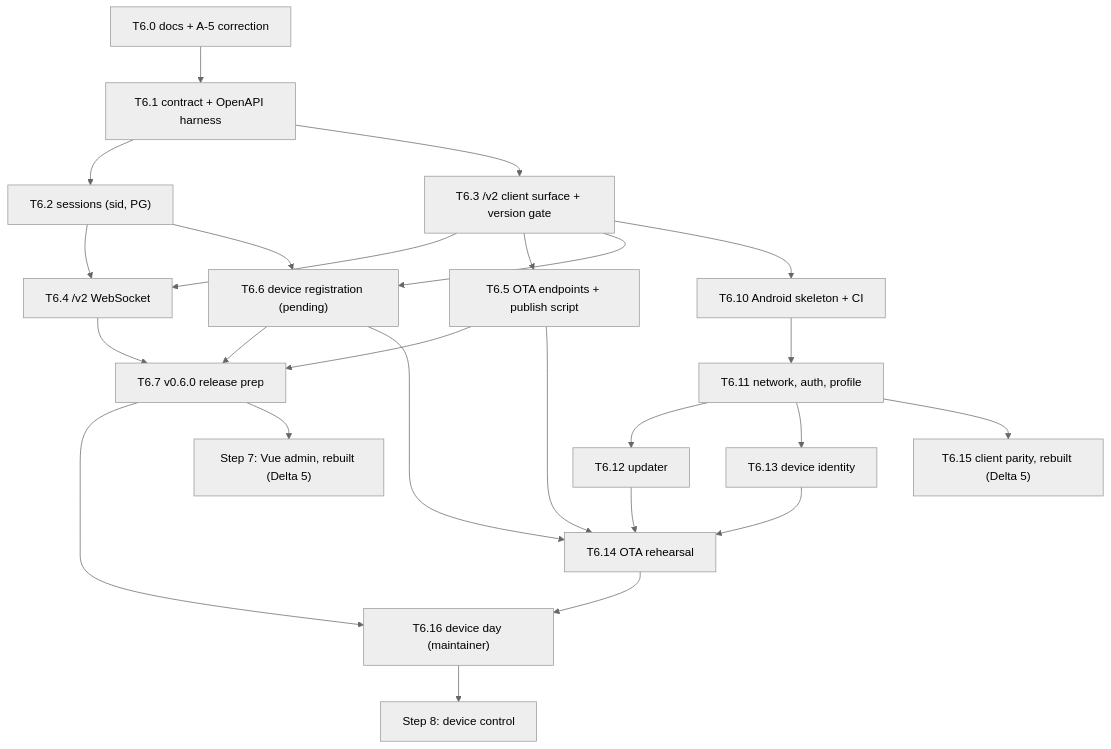
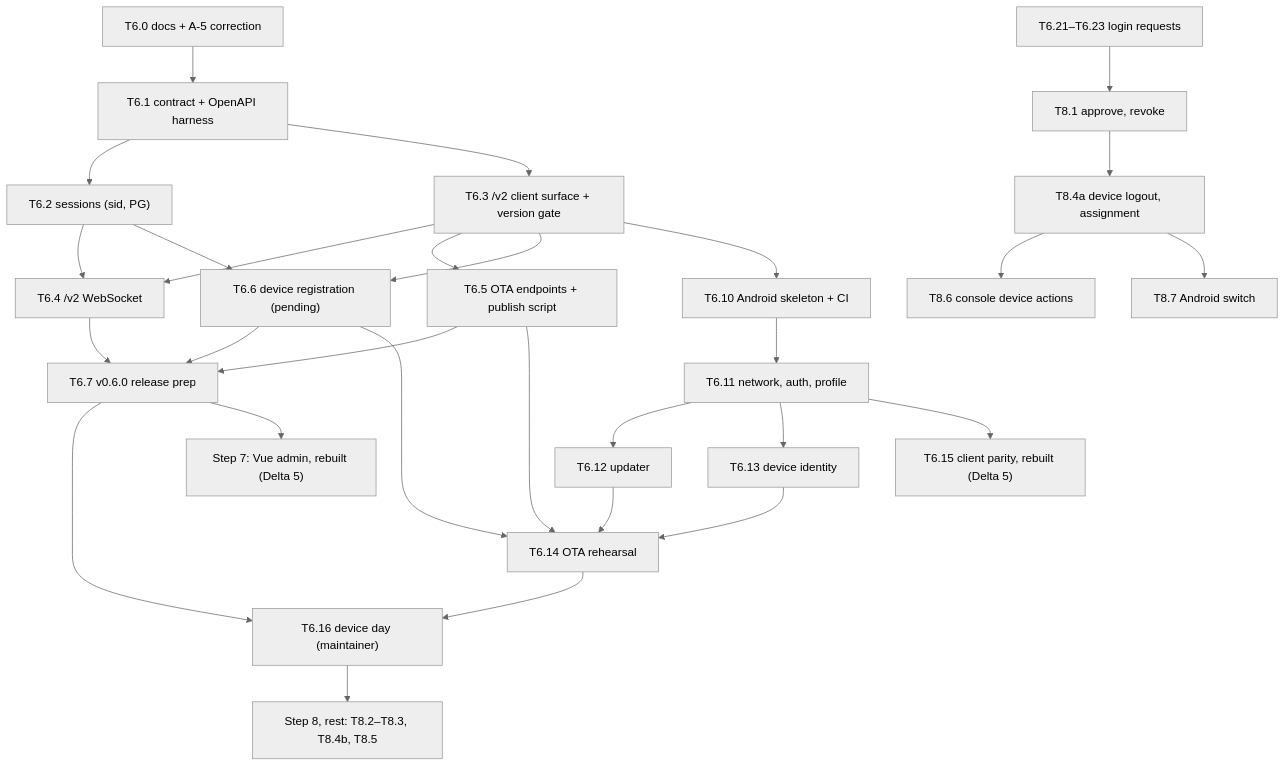
One commit to chsrisi/order-checker changed the second of 2 diagrams in docs/IMPLEMENTATION_PLAN.md. Above: the diagram before and after it, drawn with Mermaid (neutral theme). The commit also changed other lines of this file and 4 other files, not shown here.

Commit message:
Worker switch delta round 1 (W1-W9 decided); plan T8.1, T8.4a, T8.6, T8.7 with P-23-P-27; T8.4b, device token to T8.2

````diff
--- a/docs/IMPLEMENTATION_PLAN.md
+++ b/docs/IMPLEMENTATION_PLAN.md
@@ -564,27 +569,31 @@
 ```mermaid
 flowchart TD
   T60["T6.0 docs + A-5 correction"] --> T61["T6.1 contract + OpenAPI harness"]
   T61 --> T62["T6.2 sessions (sid, PG)"]
   T61 --> T63["T6.3 /v2 client surface + version gate"]
   T62 --> T64["T6.4 /v2 WebSocket"]
   T63 --> T64
   T63 --> T65["T6.5 OTA endpoints + publish script"]
   T62 --> T66["T6.6 device registration (pending)"]
   T63 --> T66
   T64 --> T67["T6.7 v0.6.0 release prep"]
   T65 --> T67
   T66 --> T67
   T63 --> T610["T6.10 Android skeleton + CI"]
   T610 --> T611["T6.11 network, auth, profile"]
   T611 --> T612["T6.12 updater"]
   T611 --> T613["T6.13 device identity"]
   T612 --> T614["T6.14 OTA rehearsal"]
   T613 --> T614
   T65 --> T614
   T66 --> T614
   T614 --> DD["T6.16 device day (maintainer)"]
   T67 --> DD
   T611 --> T615["T6.15 client parity, rebuilt (Delta 5)"]
   T67 --> S7["Step 7: Vue admin, rebuilt (Delta 5)"]
-  DD --> S8["Step 8: device control"]
+  T623["T6.21–T6.23 login requests"] --> T81["T8.1 approve, revoke"]
+  T81 --> T84a["T8.4a device logout, assignment"]
+  T84a --> T86["T8.6 console device actions"]
+  T84a --> T87["T8.7 Android switch"]
+  DD --> S8["Step 8, rest: T8.2–T8.3, T8.4b, T8.5"]
 ```
````
